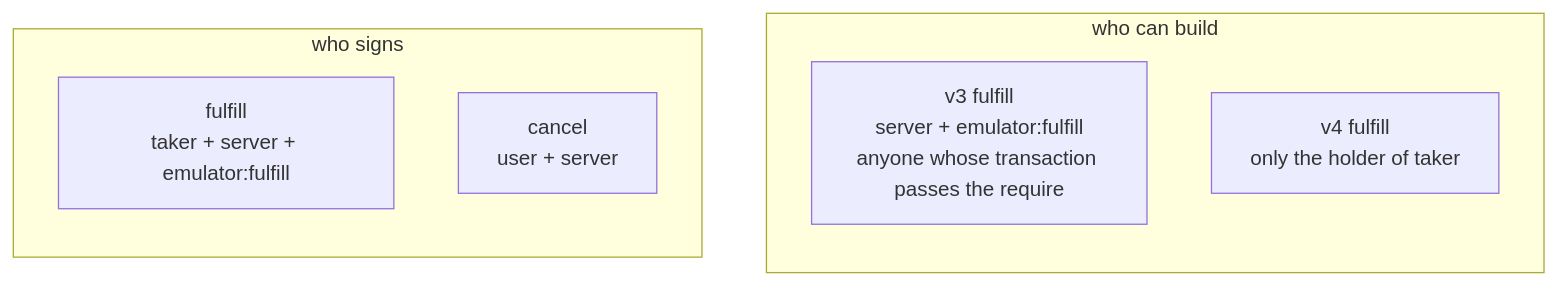
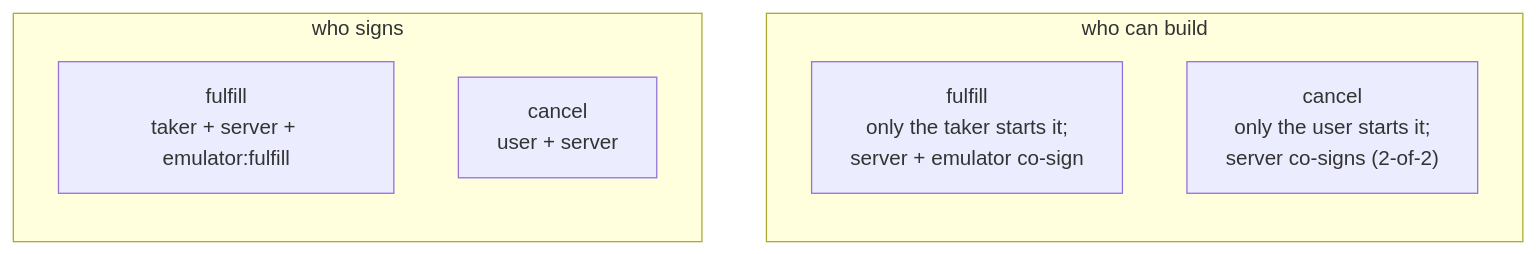
The fourth of 4 diagrams in packages/swap/src/contracts/README.md (arkade-os/ts-sdk), drawn with Mermaid before and after one commit. The commit also changed other lines of this file and 36 other files, not shown here.

````diff
--- a/packages/swap/src/contracts/README.md
+++ b/packages/swap/src/contracts/README.md
@@ -56,12 +56,12 @@
 ```mermaid
 flowchart LR
   subgraph signs["who signs"]
     fk["fulfill<br/>taker + server + emulator:fulfill"]
     ck["cancel<br/>user + server"]
   end
   subgraph builds["who can build"]
-    v3["v3 fulfill<br/>server + emulator:fulfill<br/>anyone whose transaction passes the require"]
-    v4["v4 fulfill<br/>only the holder of taker"]
+    fb["fulfill<br/>only the taker starts it;<br/>server + emulator co-sign"]
+    cb["cancel<br/>only the user starts it;<br/>server co-signs (2-of-2)"]
   end
   signs ~~~ builds
 ```
````
